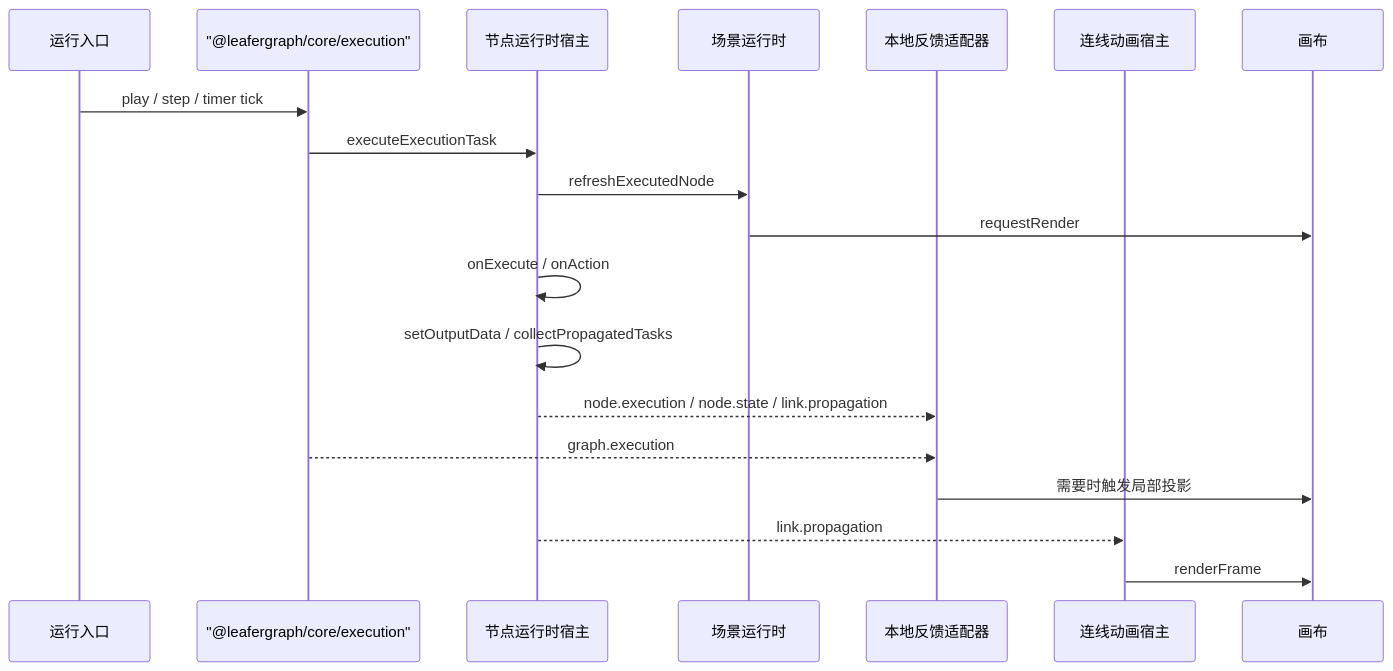
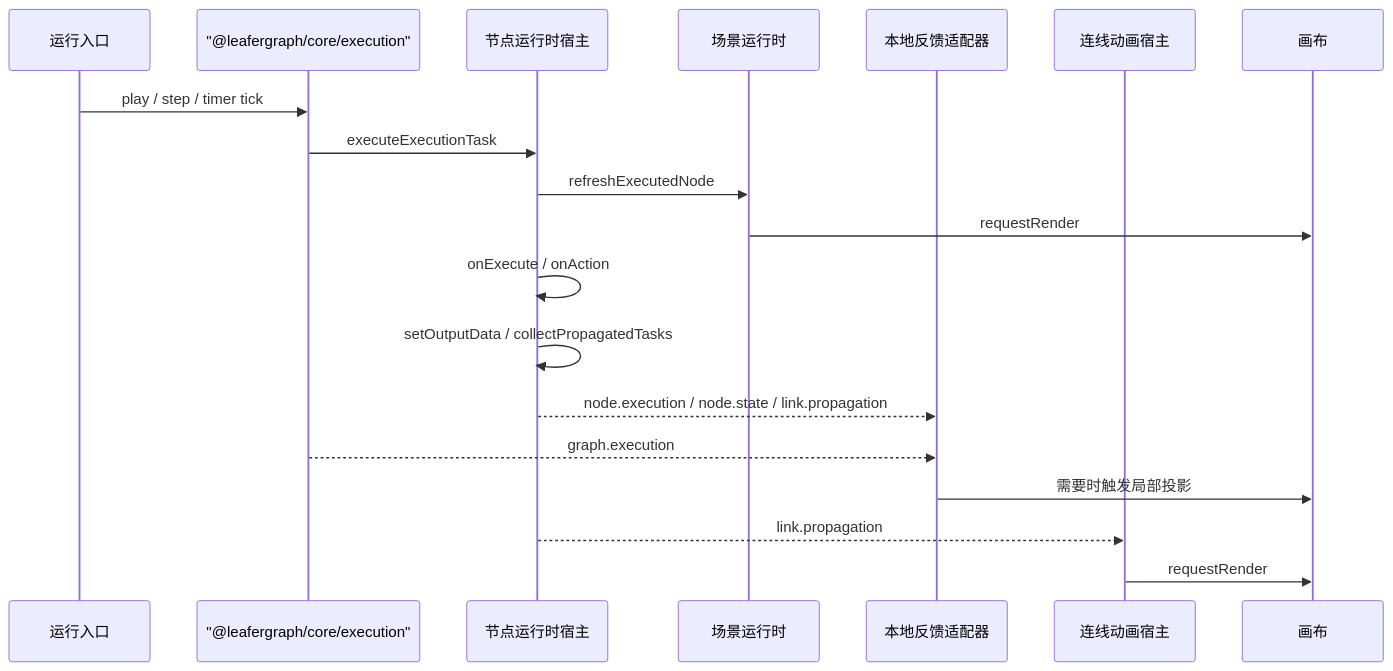
The diagram in packages/leafergraph/渲染刷新策略.md (izumkineno/leafergraph), drawn with Mermaid before and after one commit. The commit also changed other lines of this file and 2 other files, not shown here.

First line of the commit message:
docs: update documentation for new architecture

````diff
--- a/packages/leafergraph/渲染刷新策略.md
+++ b/packages/leafergraph/渲染刷新策略.md
@@ -201,22 +194,22 @@
 ```mermaid
 sequenceDiagram
     participant Trigger as 运行入口
     participant GraphExec as "@leafergraph/core/execution"
     participant NodeExec as 节点运行时宿主
     participant Scene as 场景运行时
     participant Adapter as 本地反馈适配器
     participant FlowFx as 连线动画宿主
     participant Canvas as 画布
 
     Trigger->>GraphExec: play / step / timer tick
     GraphExec->>NodeExec: executeExecutionTask
     NodeExec->>Scene: refreshExecutedNode
     Scene->>Canvas: requestRender
     NodeExec->>NodeExec: onExecute / onAction
     NodeExec->>NodeExec: setOutputData / collectPropagatedTasks
     NodeExec-->>Adapter: node.execution / node.state / link.propagation
     GraphExec-->>Adapter: graph.execution
     Adapter->>Canvas: 需要时触发局部投影
     NodeExec-->>FlowFx: link.propagation
-    FlowFx->>Canvas: renderFrame
+    FlowFx->>Canvas: requestRender
 ```
````
